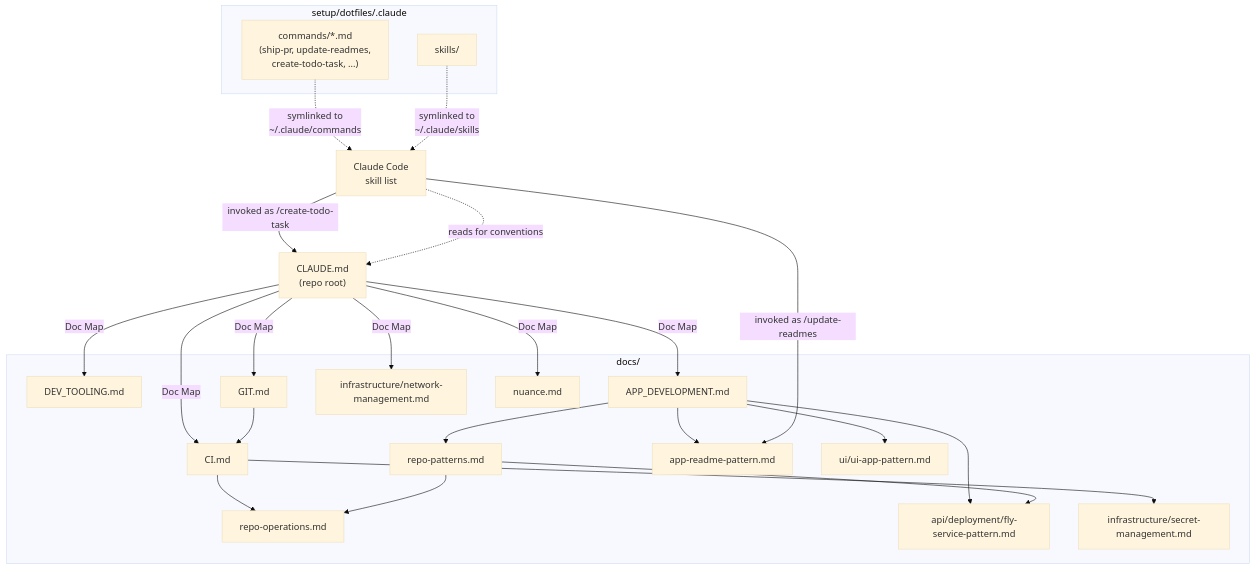
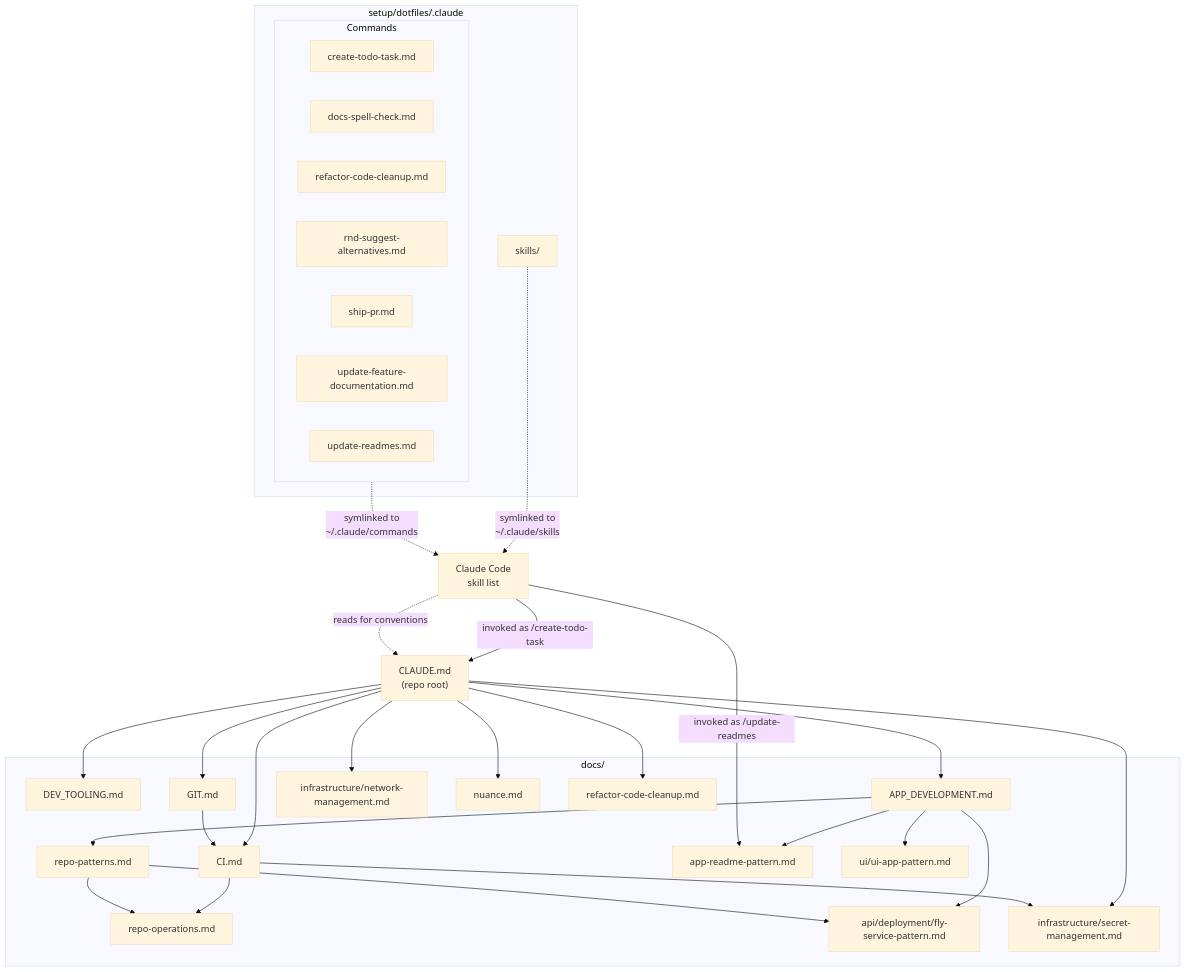
The diagram in docs/agent-diagram.md (iamharryliu/vigilant-broccoli), drawn with Mermaid (base theme) before and after one commit. The commit also changed other lines of this file and 1 other file, not shown here.

Commit message:
docs: Keep agent-diagram.md in sync with Doc Map; list commands as nested subgraph.

````diff
--- a/docs/agent-diagram.md
+++ b/docs/agent-diagram.md
@@ -5,48 +5,59 @@
 ```mermaid
 flowchart TD
     CLAUDE["CLAUDE.md<br/>(repo root)"]
 
     subgraph DOCS["docs/"]
         DEV_TOOLING["DEV_TOOLING.md"]
         CI["CI.md"]
         APP_DEV["APP_DEVELOPMENT.md"]
         GIT["GIT.md"]
         NETWORK["infrastructure/network-management.md"]
         NUANCE["nuance.md"]
         REPO_PATTERNS["repo-patterns.md"]
         REPO_OPS["repo-operations.md"]
         APP_README["app-readme-pattern.md"]
         UI_PATTERN["ui/ui-app-pattern.md"]
         FLY_PATTERN["api/deployment/fly-service-pattern.md"]
         SECRETS["infrastructure/secret-management.md"]
+        REFACTOR["refactor-code-cleanup.md"]
     end
 
-    CLAUDE -->|Doc Map| DEV_TOOLING
-    CLAUDE -->|Doc Map| CI
-    CLAUDE -->|Doc Map| APP_DEV
-    CLAUDE -->|Doc Map| GIT
-    CLAUDE -->|Doc Map| NETWORK
-    CLAUDE -->|Doc Map| NUANCE
+    CLAUDE --> DEV_TOOLING
+    CLAUDE --> CI
+    CLAUDE --> APP_DEV
+    CLAUDE --> GIT
+    CLAUDE --> NETWORK
+    CLAUDE --> SECRETS
+    CLAUDE --> NUANCE
+    CLAUDE --> REFACTOR
 
     CI --> REPO_OPS
     CI --> SECRETS
     GIT --> CI
     APP_DEV --> REPO_PATTERNS
     APP_DEV --> APP_README
     APP_DEV --> UI_PATTERN
     APP_DEV --> FLY_PATTERN
     REPO_PATTERNS --> FLY_PATTERN
     REPO_PATTERNS --> REPO_OPS
 
     subgraph SKILLS["setup/dotfiles/.claude"]
-        COMMANDS["commands/*.md<br/>(ship-pr, update-readmes,<br/>create-todo-task, ...)"]
+        subgraph COMMANDS["Commands"]
+            CMD_TODO["create-todo-task.md"]
+            CMD_SPELLCHECK["docs-spell-check.md"]
+            CMD_REFACTOR_CLEANUP["refactor-code-cleanup.md"]
+            CMD_ALTERNATIVES["rnd-suggest-alternatives.md"]
+            CMD_SHIP_PR["ship-pr.md"]
+            CMD_UPDATE_FEATURE_DOCS["update-feature-documentation.md"]
+            CMD_UPDATE_READMES["update-readmes.md"]
+        end
         SKILLDIR["skills/"]
     end
 
     COMMANDS -.->|symlinked to<br/>~/.claude/commands| CLAUDECODE["Claude Code<br/>skill list"]
     SKILLDIR -.->|symlinked to<br/>~/.claude/skills| CLAUDECODE
 
     CLAUDECODE -->|invoked as /update-readmes| APP_README
     CLAUDECODE -->|invoked as /create-todo-task| CLAUDE
     CLAUDECODE -.->|reads for conventions| CLAUDE
 ```
````
